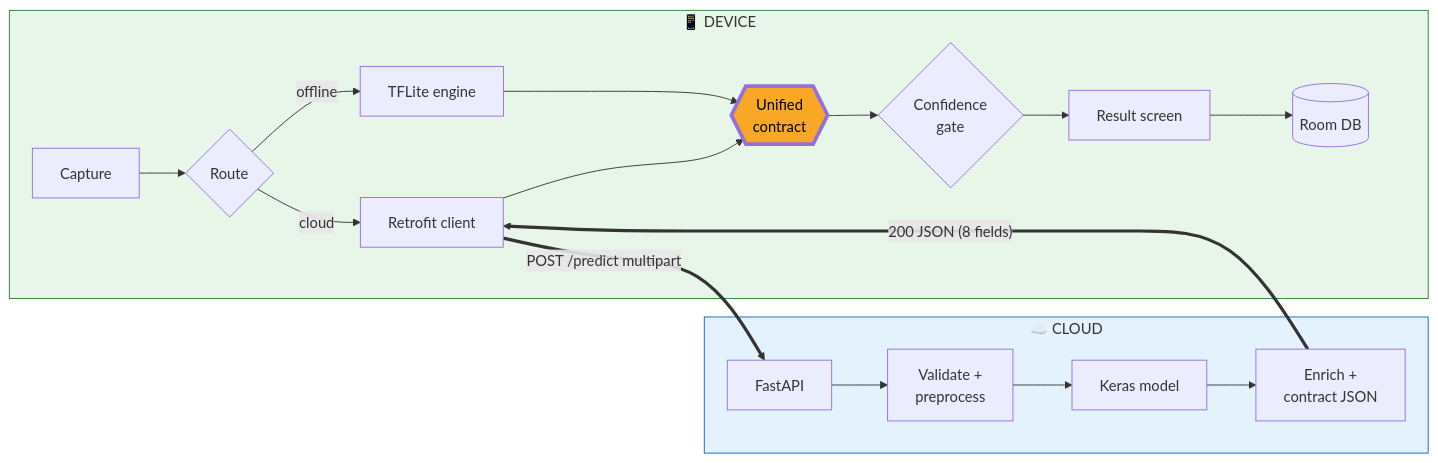
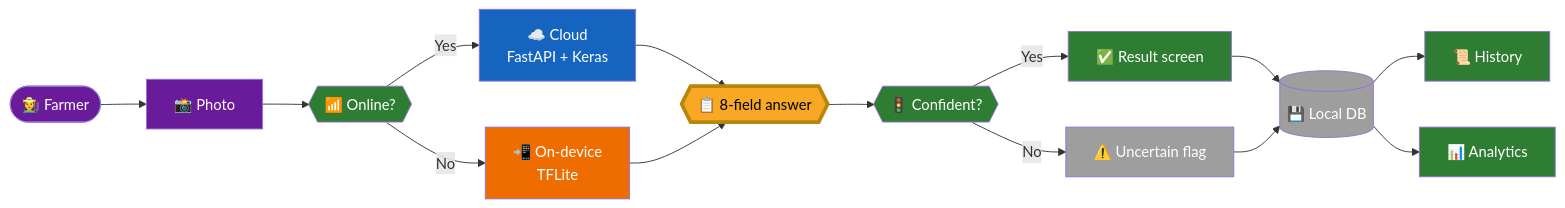
Diagram 12 of 12 in Cropora System Design Presentation.md (Raj-Indra-Asura/Cropora), drawn with Mermaid before and after one commit. The commit also changed other lines of this file, not shown here.

````diff
--- a/Cropora System Design Presentation.md
+++ b/Cropora System Design Presentation.md
@@ -645,24 +339,29 @@
 ```mermaid
 flowchart LR
-    subgraph DEV["📱 DEVICE"]
-        CAP["Capture"] --> RTR{"Route"}
-        RTR -->|"offline"| OFF["TFLite engine"]
-        RTR -->|"cloud"| NET["Retrofit client"]
-        OFF --> CON{{"Unified<br/>contract"}}
-        NET --> CON
-        CON --> GATE{"Confidence<br/>gate"}
-        GATE --> RES["Result screen"]
-        RES --> DB[("Room DB")]
-    end
-    subgraph CLD["☁️ CLOUD"]
-        API["FastAPI"] --> VAL["Validate +<br/>preprocess"]
-        VAL --> MDL["Keras model"]
-        MDL --> ENR["Enrich +<br/>contract JSON"]
-    end
-    NET == "POST /predict multipart" ==> API
-    ENR == "200 JSON (8 fields)" ==> NET
+    U(["👩‍🌾 Farmer"]) --> CAM["📸 Photo"]
+    CAM --> RT{{"📶 Online?"}}
+    RT -- Yes --> CLD["☁️ Cloud\nFastAPI + Keras"]
+    RT -- No  --> EDG["📲 On-device\nTFLite"]
+    CLD --> CON{{"📋 8-field answer"}}
+    EDG --> CON
+    CON --> GT{{"🚦 Confident?"}}
+    GT -- Yes --> OK["✅ Result screen"]
+    GT -- No  --> UNC["⚠️ Uncertain flag"]
+    OK --> DB[("💾 Local DB")]
+    UNC --> DB
+    DB --> HIS["📜 History"]
+    DB --> ANA["📊 Analytics"]
 
-    style DEV fill:#e8f5e9,stroke:#2e7d32
-    style CLD fill:#e3f2fd,stroke:#1565c0
-    style CON fill:#f9a825,color:#000,stroke-width:4px
+    style U fill:#6a1b9a,color:#fff
+    style CAM fill:#6a1b9a,color:#fff
+    style RT fill:#2e7d32,color:#fff
+    style CLD fill:#1565c0,color:#fff
+    style EDG fill:#ef6c00,color:#fff
+    style CON fill:#f9a825,color:#000,stroke:#b8860b,stroke-width:4px
+    style GT fill:#2e7d32,color:#fff
+    style OK fill:#2e7d32,color:#fff
+    style UNC fill:#9e9e9e,color:#fff
+    style DB fill:#9e9e9e,color:#fff
+    style HIS fill:#2e7d32,color:#fff
+    style ANA fill:#2e7d32,color:#fff
 ```
````
